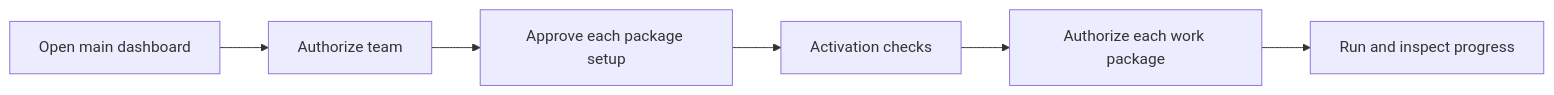
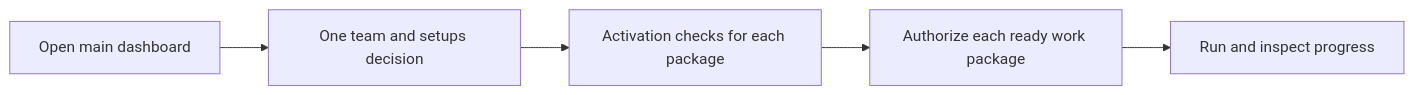
One commit to RezaGolriz/autonomous-build-loop-universal-template changed the second of 2 diagrams in docs/DASHBOARD.md. Above: the diagram before and after it, drawn with Mermaid. The commit also changed other lines of this file and 18 other files, not shown here.

Commit message:
Combine team and package setup approvals

````diff
--- a/docs/DASHBOARD.md
+++ b/docs/DASHBOARD.md
@@ -399,8 +400,7 @@
 ```mermaid
 flowchart LR
-  A[Open main dashboard] --> B[Authorize team]
-  B --> C[Approve each package setup]
-  C --> D[Activation checks]
-  D --> E[Authorize each work package]
-  E --> F[Run and inspect progress]
+  A[Open main dashboard] --> B[One team and setups decision]
+  B --> C[Activation checks for each package]
+  C --> D[Authorize each ready work package]
+  D --> E[Run and inspect progress]
 ```
````
